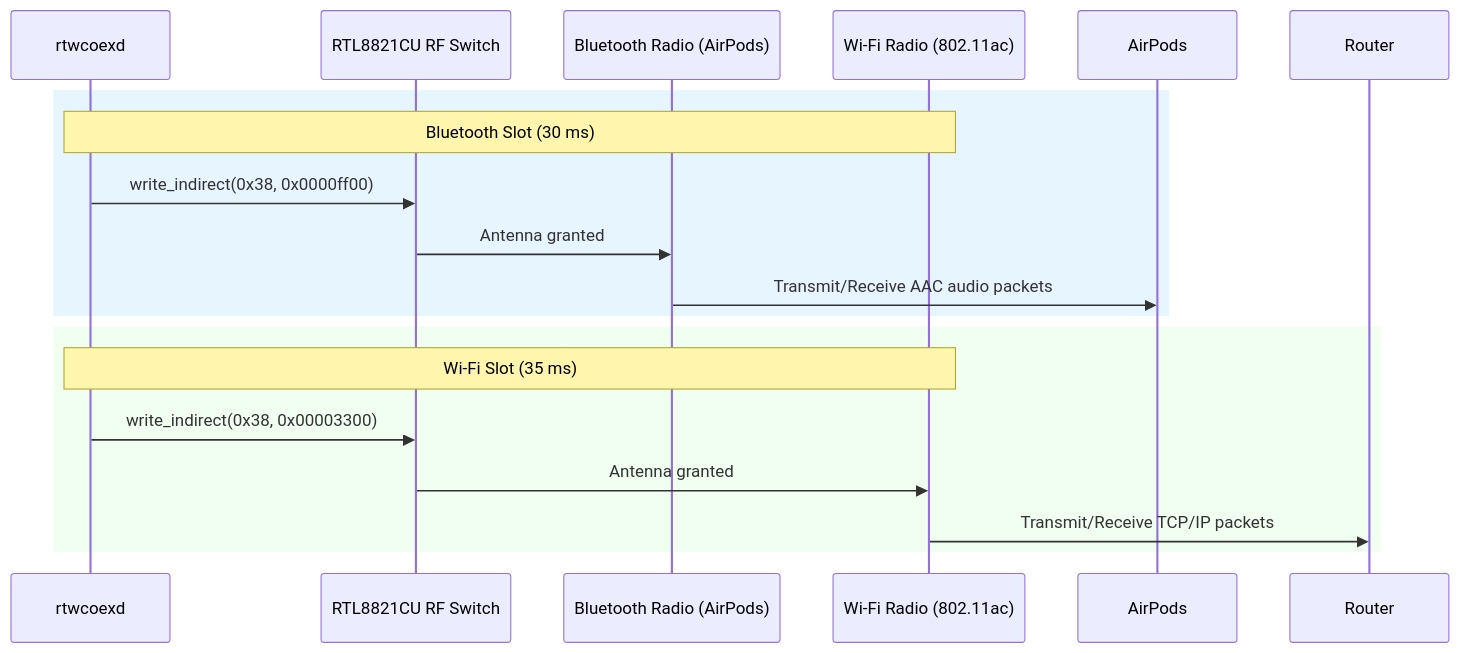
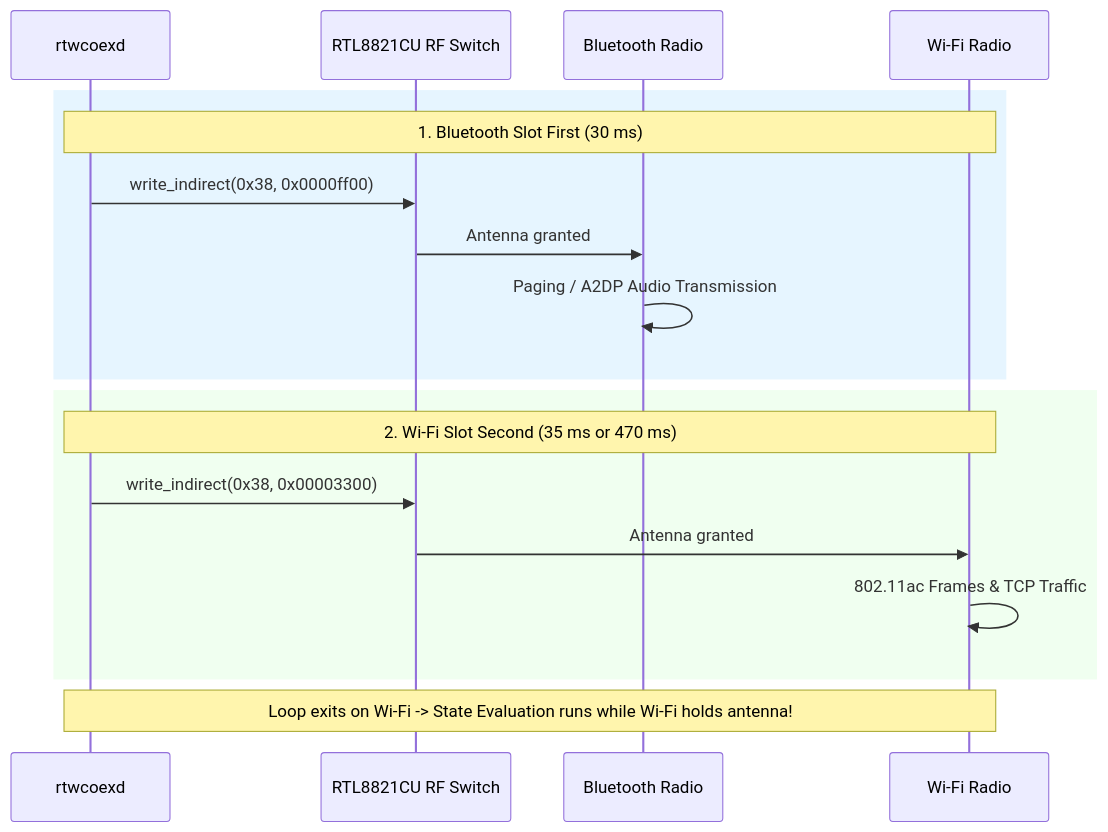
One commit to Zerotix99/RTL8821CU-macOS-Coexistence changed the diagram in docs/ARCHITECTURE.md. Above: the diagram before and after it, drawn with Mermaid. The commit also changed other lines of this file and 1 other file, not shown here.

Commit message:
docs: document dynamic state engine (v3.0), slot inversion, and Windows/Linux comparisons

````diff
--- a/docs/ARCHITECTURE.md
+++ b/docs/ARCHITECTURE.md
@@ -53,20 +81,21 @@
 ```mermaid
 sequenceDiagram
     participant CoexDaemon as rtwcoexd
     participant HW as RTL8821CU RF Switch
-    participant BT as Bluetooth Radio (AirPods)
-    participant WL as Wi-Fi Radio (802.11ac)
+    participant BT as Bluetooth Radio
+    participant WL as Wi-Fi Radio
 
     rect rgb(230, 245, 255)
-        Note over CoexDaemon,WL: Bluetooth Slot (30 ms)
+        Note over CoexDaemon,WL: 1. Bluetooth Slot First (30 ms)
         CoexDaemon->>HW: write_indirect(0x38, 0x0000ff00)
         HW->>BT: Antenna granted
-        BT->>AirPods: Transmit/Receive AAC audio packets
+        BT->>BT: Paging / A2DP Audio Transmission
     end
     rect rgb(240, 255, 240)
-        Note over CoexDaemon,WL: Wi-Fi Slot (35 ms)
+        Note over CoexDaemon,WL: 2. Wi-Fi Slot Second (35 ms or 470 ms)
         CoexDaemon->>HW: write_indirect(0x38, 0x00003300)
         HW->>WL: Antenna granted
-        WL->>Router: Transmit/Receive TCP/IP packets
+        WL->>WL: 802.11ac Frames & TCP Traffic
     end
+    Note over CoexDaemon,WL: Loop exits on Wi-Fi -> State Evaluation runs while Wi-Fi holds antenna!
 ```
````
